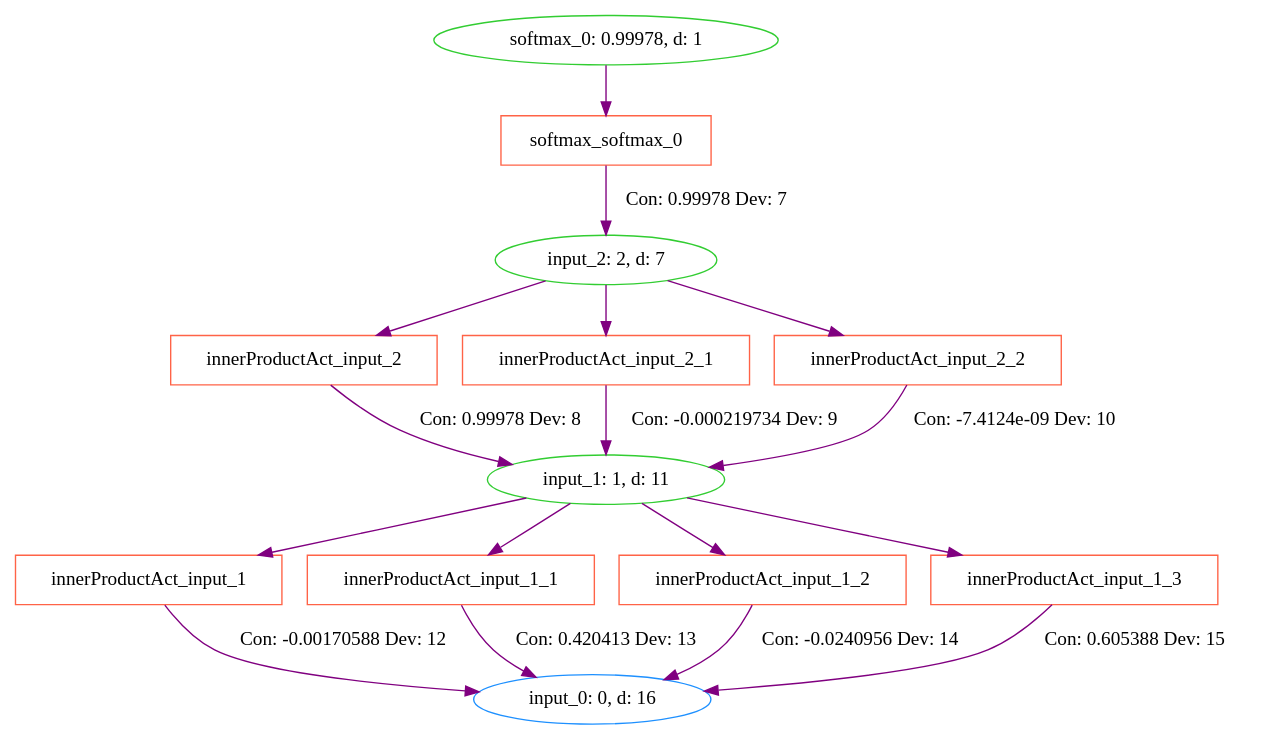
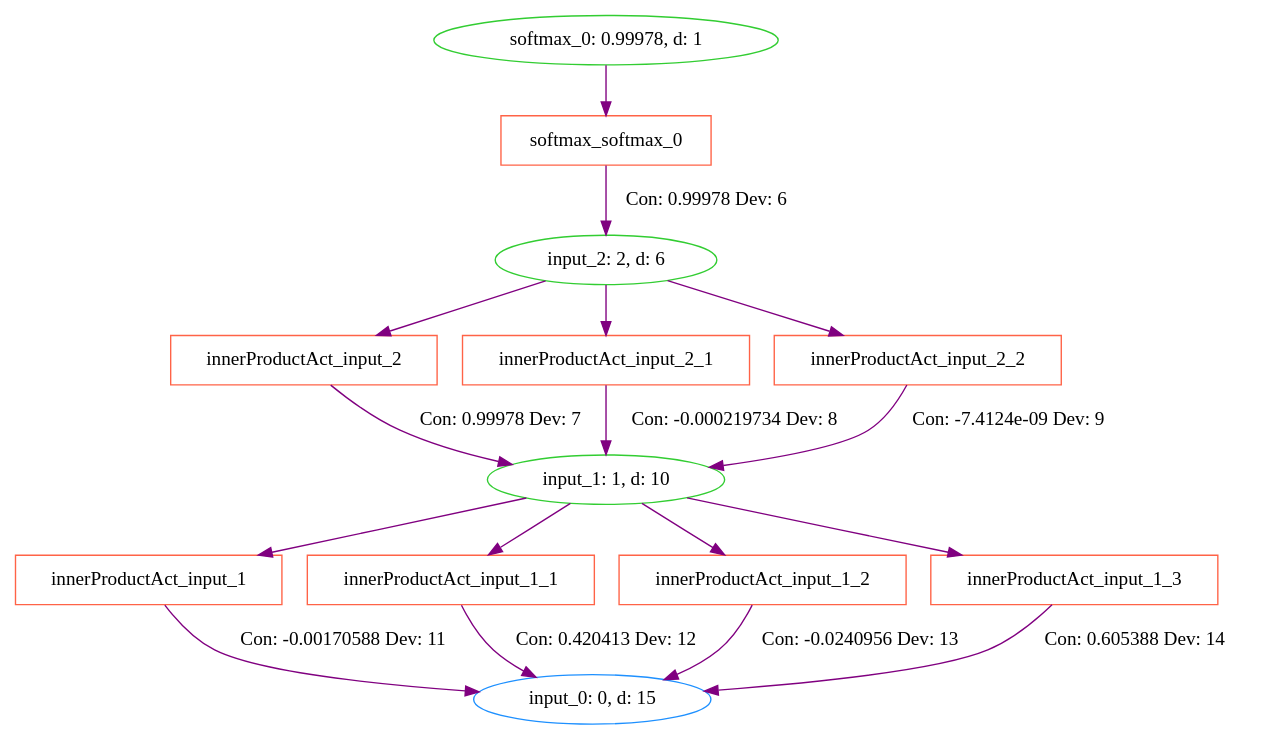
Before and after one commit to milliondegree/PXAI: the diagram in data/iris/cprov/test2-softmax_0.dot, drawn with Graphviz. The commit also changed 11 other files, not shown here.

```diff
--- a/data/iris/cprov/test2-softmax_0.dot
+++ b/data/iris/cprov/test2-softmax_0.dot
@@ -1,46 +1,46 @@
 digraph G {
 0 [label="softmax_0: 0.99978, d: 1", shape=oval, color=limegreen];
 1 [label="softmax_softmax_0", shape=box, color=tomato];
-2 [label="input_2: 2, d: 7", shape=oval, color=limegreen];
+2 [label="input_2: 2, d: 6", shape=oval, color=limegreen];
 3 [label="innerProductAct_input_2", shape=box, color=tomato];
-4 [label="input_1: 1, d: 11", shape=oval, color=limegreen];
+4 [label="input_1: 1, d: 10", shape=oval, color=limegreen];
 5 [label="innerProductAct_input_1", shape=box, color=tomato];
-6 [label="input_0: 0, d: 16", shape=oval, color=dodgerblue];
+6 [label="input_0: 0, d: 15", shape=oval, color=dodgerblue];
 7 [label="innerProductAct_input_1_1", shape=box, color=tomato];
 8 [label="innerProductAct_input_1_2", shape=box, color=tomato];
 9 [label="innerProductAct_input_1_3", shape=box, color=tomato];
 10 [label="innerProductAct_input_2_1", shape=box, color=tomato];
 11 [label="innerProductAct_input_2_2", shape=box, color=tomato];
 0->1  [color=purple]
  [label=""];
 1->2  [color=purple]
- [label="Con: 0.99978 Dev: 7"];
+ [label="Con: 0.99978 Dev: 6"];
 2->3  [color=purple]
  [label=""];
 3->4  [color=purple]
- [label="Con: 0.99978 Dev: 8"];
+ [label="Con: 0.99978 Dev: 7"];
 4->5  [color=purple]
  [label=""];
 5->6  [color=purple]
- [label="Con: -0.00170588 Dev: 12"];
+ [label="Con: -0.00170588 Dev: 11"];
 4->7  [color=purple]
  [label=""];
 7->6  [color=purple]
- [label="Con: 0.420413 Dev: 13"];
+ [label="Con: 0.420413 Dev: 12"];
 4->8  [color=purple]
  [label=""];
 8->6  [color=purple]
- [label="Con: -0.0240956 Dev: 14"];
+ [label="Con: -0.0240956 Dev: 13"];
 4->9  [color=purple]
  [label=""];
 9->6  [color=purple]
- [label="Con: 0.605388 Dev: 15"];
+ [label="Con: 0.605388 Dev: 14"];
 2->10  [color=purple]
  [label=""];
 10->4  [color=purple]
- [label="Con: -0.000219734 Dev: 9"];
+ [label="Con: -0.000219734 Dev: 8"];
 2->11  [color=purple]
  [label=""];
 11->4  [color=purple]
- [label="Con: -7.4124e-09 Dev: 10"];
+ [label="Con: -7.4124e-09 Dev: 9"];
 }
```
